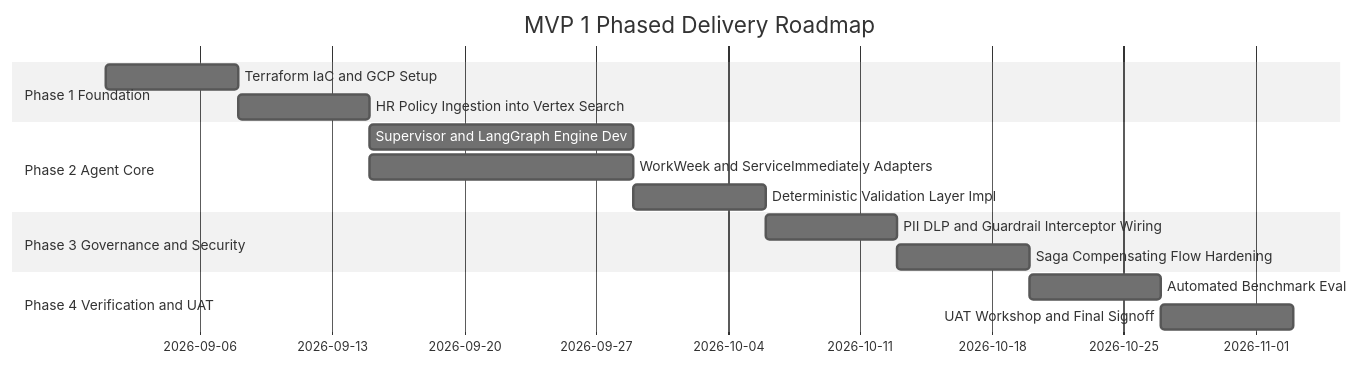
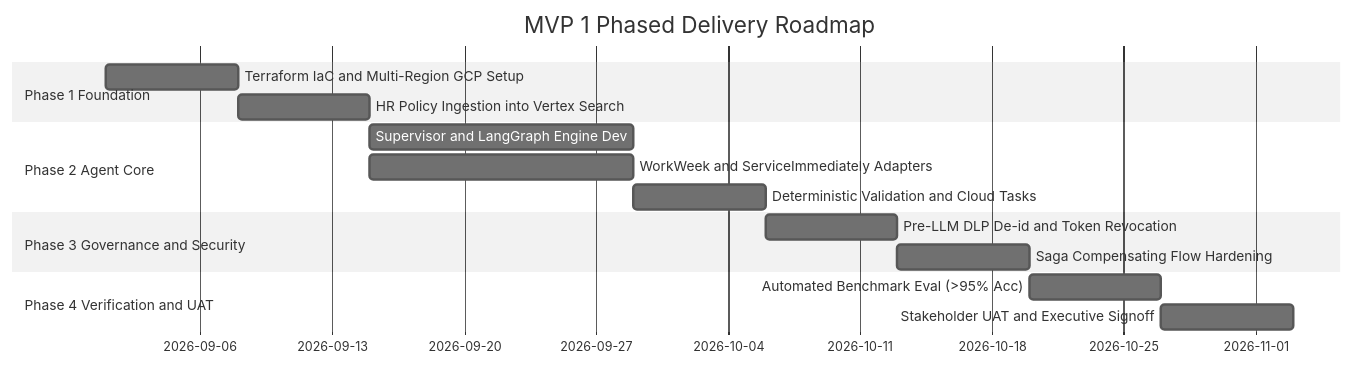
One commit to randyh0329/PRJ-ELEVATE-C1-G5 changed diagram 13 of 13 in Enterprise Agentic Solution Design Document - MVP 1.md. Above: the diagram before and after it, drawn with Mermaid (neutral theme). The commit also changed other lines of this file, not shown here.

````diff
--- a/Enterprise Agentic Solution Design Document - MVP 1.md
+++ b/Enterprise Agentic Solution Design Document - MVP 1.md
@@ -487,18 +560,18 @@
 ```mermaid
 gantt
     title MVP 1 Phased Delivery Roadmap
     dateFormat  YYYY-MM-DD
     section Phase 1 Foundation
-    Terraform IaC and GCP Setup              :p1_1, 2026-09-01, 1w
+    Terraform IaC and Multi-Region GCP Setup :p1_1, 2026-09-01, 1w
     HR Policy Ingestion into Vertex Search   :p1_2, after p1_1, 1w
     section Phase 2 Agent Core
     Supervisor and LangGraph Engine Dev      :p2_1, after p1_2, 2w
     WorkWeek and ServiceImmediately Adapters :p2_2, 2026-09-15, 2w
-    Deterministic Validation Layer Impl      :p2_3, after p2_2, 1w
+    Deterministic Validation and Cloud Tasks :p2_3, after p2_2, 1w
     section Phase 3 Governance and Security
-    PII DLP and Guardrail Interceptor Wiring :p3_1, after p2_3, 1w
+    Pre-LLM DLP De-id and Token Revocation   :p3_1, after p2_3, 1w
     Saga Compensating Flow Hardening         :p3_2, after p3_1, 1w
     section Phase 4 Verification and UAT
-    Automated Benchmark Eval                 :p4_1, after p3_2, 1w
-    UAT Workshop and Final Signoff           :p4_2, after p4_1, 1w
+    Automated Benchmark Eval (>95% Acc)      :p4_1, after p3_2, 1w
+    Stakeholder UAT and Executive Signoff    :p4_2, after p4_1, 1w
 ```
````
